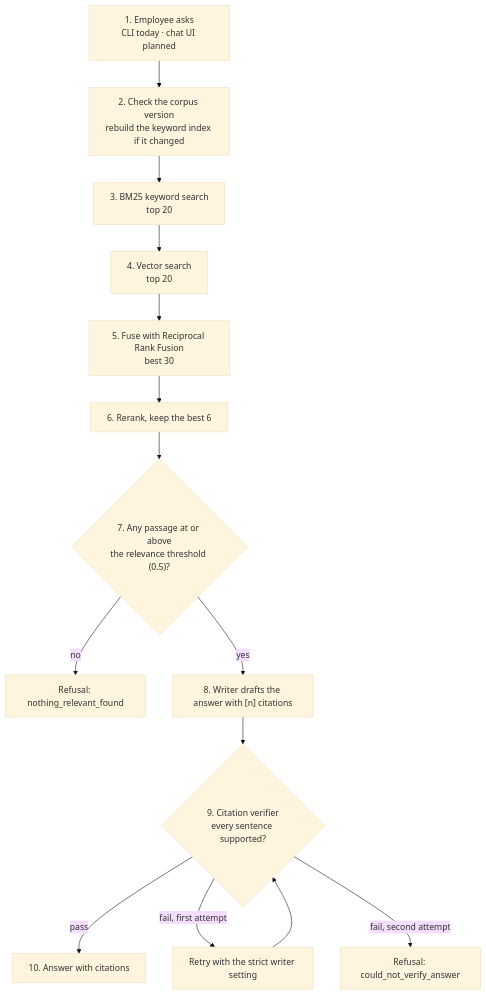
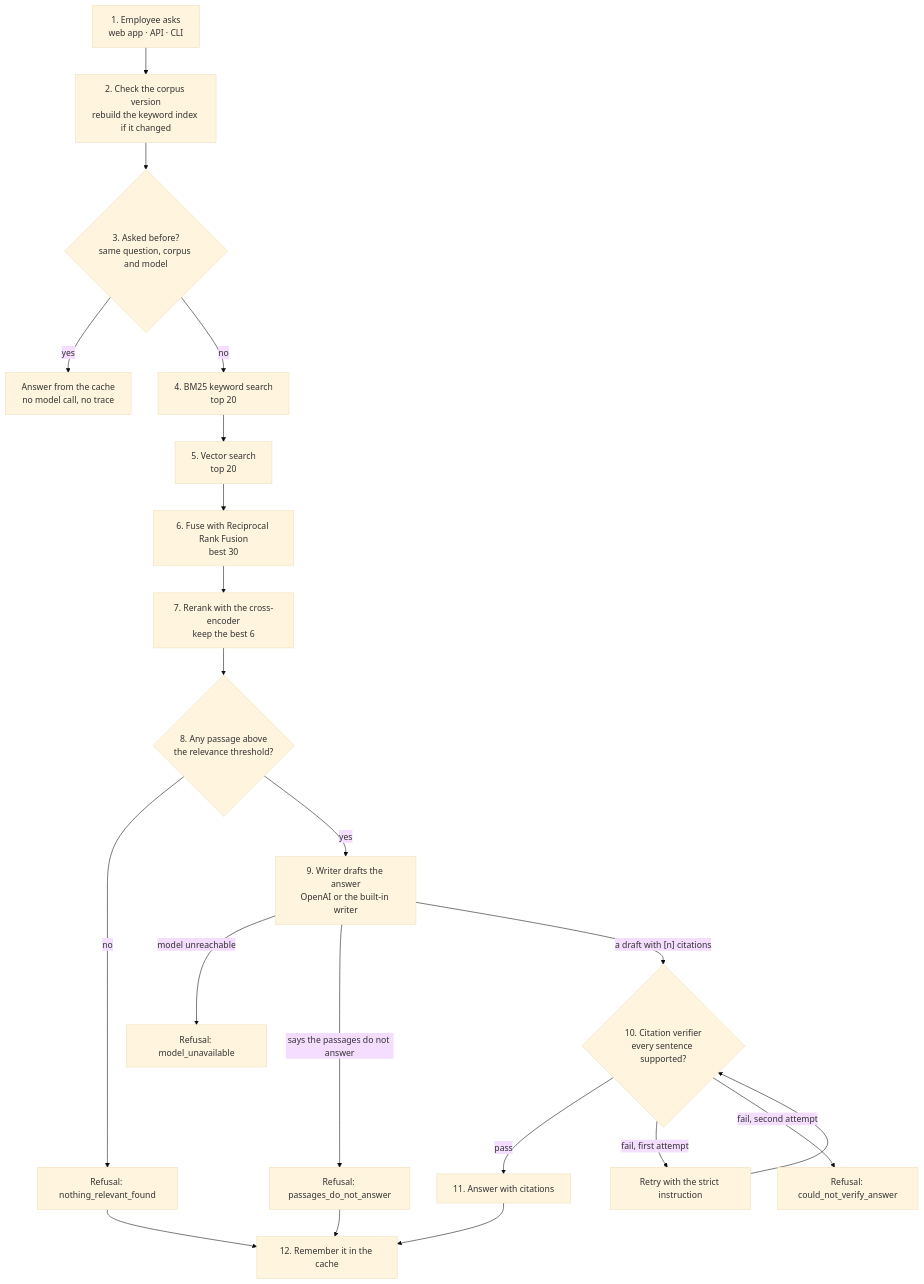
The second of 3 diagrams in docs/architecture/data-flow.md (Tevaalgorithms/cite-desk), drawn with Mermaid (base theme) before and after one commit. The commit also changed other lines of this file and 125 other files, not shown here.

First line of the commit message:
Models, evaluation gates, API, web app, Docker, Postgres, OpenAI writer, Pinecone, tracing and SSM secrets (#2)

````diff
--- a/docs/architecture/data-flow.md
+++ b/docs/architecture/data-flow.md
@@ -38,16 +40,23 @@
 ```mermaid
 flowchart TD
-    Q["1. Employee asks<br/>CLI today · chat UI planned"] --> V["2. Check the corpus version<br/>rebuild the keyword index if it changed"]
-    V --> BM["3. BM25 keyword search<br/>top 20"]
-    BM --> VS["4. Vector search<br/>top 20"]
-    VS --> F["5. Fuse with Reciprocal Rank Fusion<br/>best 30"]
-    F --> RR["6. Rerank, keep the best 6"]
-    RR --> T{"7. Any passage at or above<br/>the relevance threshold (0.5)?"}
+    Q["1. Employee asks<br/>web app · API · CLI"] --> V["2. Check the corpus version<br/>rebuild the keyword index if it changed"]
+    V --> CA{"3. Asked before?<br/>same question, corpus and model"}
+    CA -- yes --> HIT["Answer from the cache<br/>no model call, no trace"]
+    CA -- no --> BM["4. BM25 keyword search<br/>top 20"]
+    BM --> VS["5. Vector search<br/>top 20"]
+    VS --> F["6. Fuse with Reciprocal Rank Fusion<br/>best 30"]
+    F --> RR["7. Rerank with the cross-encoder<br/>keep the best 6"]
+    RR --> T{"8. Any passage above<br/>the relevance threshold?"}
     T -- no --> R1["Refusal: nothing_relevant_found"]
-    T -- yes --> G["8. Writer drafts the answer with [n] citations"]
-    G --> C{"9. Citation verifier<br/>every sentence supported?"}
-    C -- pass --> S["10. Answer with citations"]
-    C -- "fail, first attempt" --> G2["Retry with the strict writer setting"]
-    G2 --> C
-    C -- "fail, second attempt" --> R2["Refusal: could_not_verify_answer"]
+    T -- yes --> W["9. Writer drafts the answer<br/>OpenAI or the built-in writer"]
+    W -- "model unreachable" --> R2["Refusal: model_unavailable"]
+    W -- "says the passages do not answer" --> R3["Refusal: passages_do_not_answer"]
+    W -- "a draft with [n] citations" --> C{"10. Citation verifier<br/>every sentence supported?"}
+    C -- pass --> S["11. Answer with citations"]
+    C -- "fail, first attempt" --> W2["Retry with the strict instruction"]
+    W2 --> C
+    C -- "fail, second attempt" --> R4["Refusal: could_not_verify_answer"]
+    S --> ST["12. Remember it in the cache"]
+    R1 --> ST
+    R3 --> ST
 ```
````
